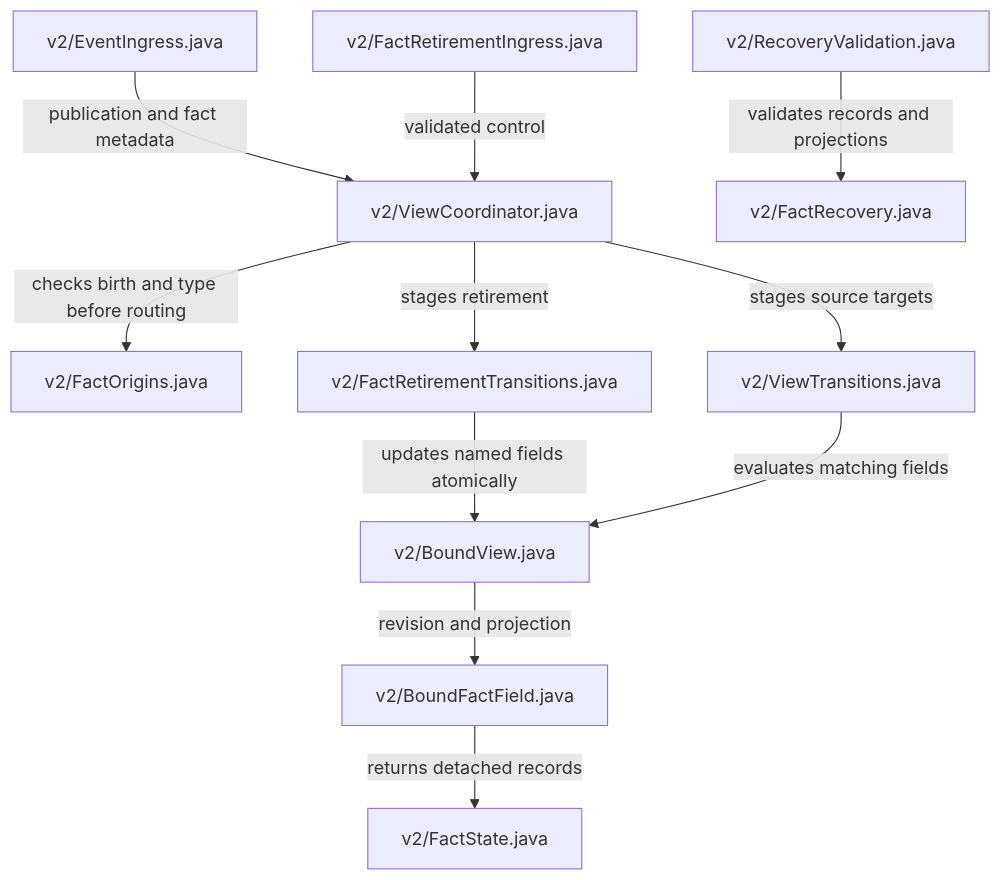
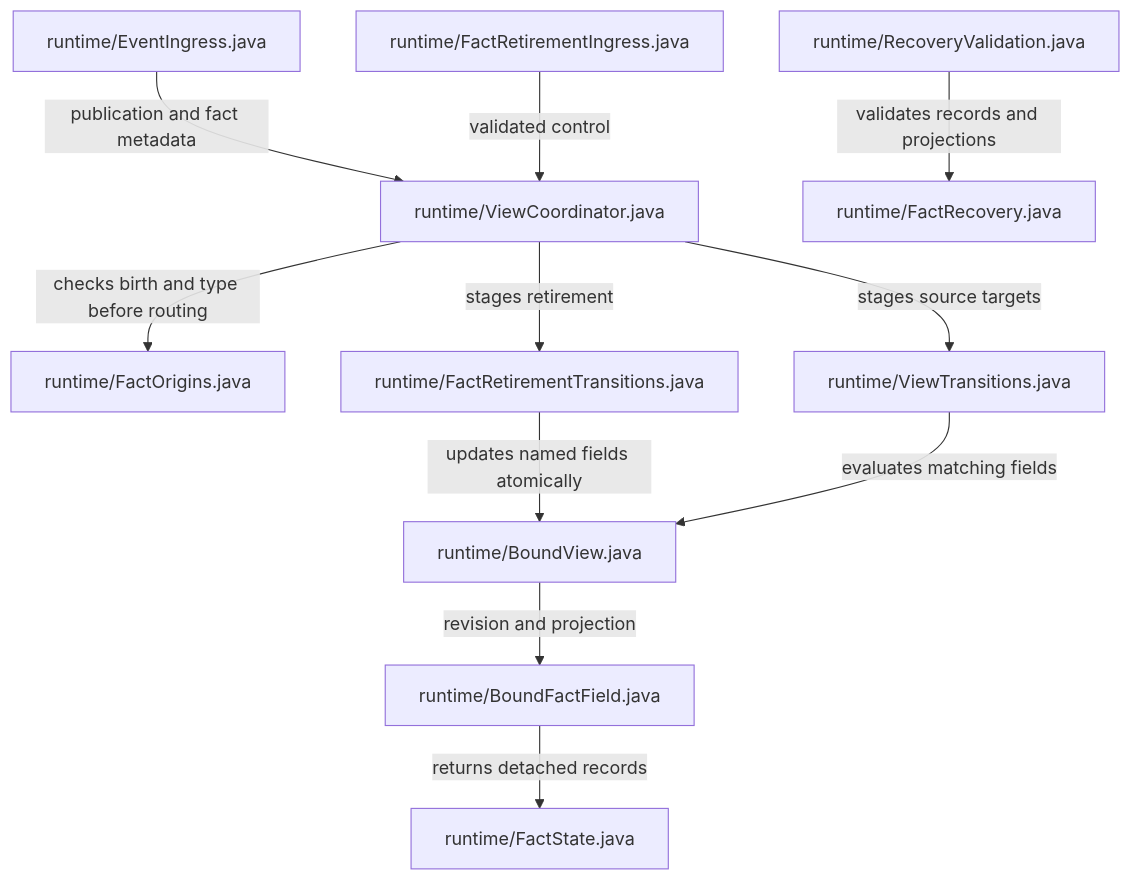
Before and after one commit to sproates/zooglass: the second of 7 diagrams in zooglass/docs/source-map.md, drawn with Mermaid. The commit also changed other lines of this file and 451 other files, not shown here.

````diff
--- a/zooglass/docs/source-map.md
+++ b/zooglass/docs/source-map.md
@@ -35,13 +35,13 @@
 ```mermaid
 flowchart TB
-  events["v2/EventIngress.java"] -->|publication and fact metadata| coordinator["v2/ViewCoordinator.java"]
-  ingress["v2/FactRetirementIngress.java"] -->|validated control| coordinator
-  coordinator -->|checks birth and type before routing| origins["v2/FactOrigins.java"]
-  coordinator -->|stages retirement| retire["v2/FactRetirementTransitions.java"]
-  retire -->|updates named fields atomically| view["v2/BoundView.java"]
-  coordinator -->|stages source targets| transitions["v2/ViewTransitions.java"]
+  events["runtime/EventIngress.java"] -->|publication and fact metadata| coordinator["runtime/ViewCoordinator.java"]
+  ingress["runtime/FactRetirementIngress.java"] -->|validated control| coordinator
+  coordinator -->|checks birth and type before routing| origins["runtime/FactOrigins.java"]
+  coordinator -->|stages retirement| retire["runtime/FactRetirementTransitions.java"]
+  retire -->|updates named fields atomically| view["runtime/BoundView.java"]
+  coordinator -->|stages source targets| transitions["runtime/ViewTransitions.java"]
   transitions -->|evaluates matching fields| view
-  view -->|revision and projection| field["v2/BoundFactField.java"]
-  field -->|returns detached records| state["v2/FactState.java"]
-  recovery["v2/RecoveryValidation.java"] -->|validates records and projections| facts["v2/FactRecovery.java"]
+  view -->|revision and projection| field["runtime/BoundFactField.java"]
+  field -->|returns detached records| state["runtime/FactState.java"]
+  recovery["runtime/RecoveryValidation.java"] -->|validates records and projections| facts["runtime/FactRecovery.java"]
 ```
````
